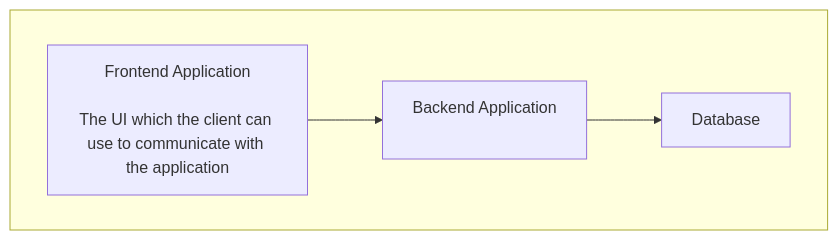
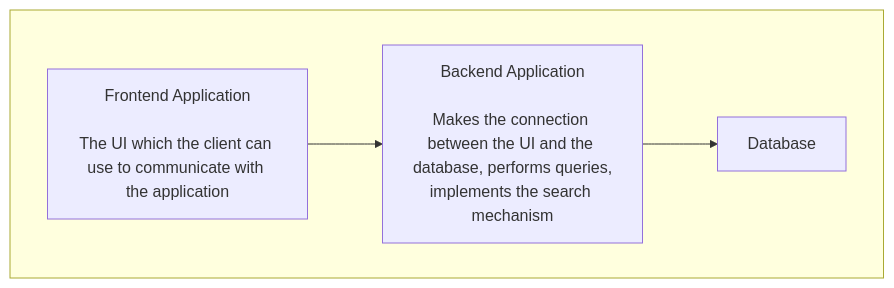
The second of 2 diagrams in ARCHITECTURE.md (moldovanolimpiu/File-Search-Engine), drawn with Mermaid before and after one commit.

````diff
--- a/ARCHITECTURE.md
+++ b/ARCHITECTURE.md
@@ -14,12 +14,13 @@
 ``` mermaid
 
 flowchart TD
     subgraph Group1[" "]
         A
         B
         C
     end
-    C["Frontend Application\n\nThe UI which the client can use to communicate with the application"] --> A["Backend Application"]
-    A["Backend Application\n\n"] --> B["Database"]
+    C["Frontend Application\n\nThe UI which the client can use to communicate with the application"] --> A["Backend Application\n\nMakes the connection between the UI and the database, performs queries,
+implements the search mechanism"]
+    A --> B["Database"]
 
 ```
````
